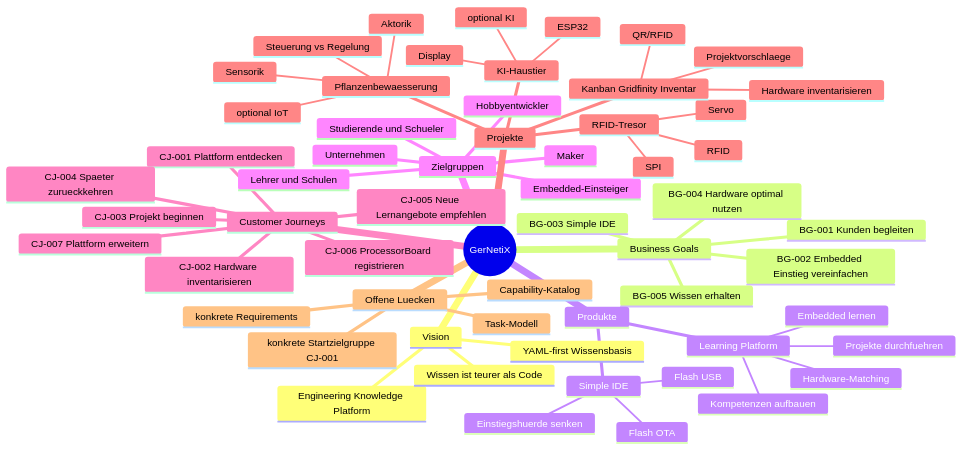
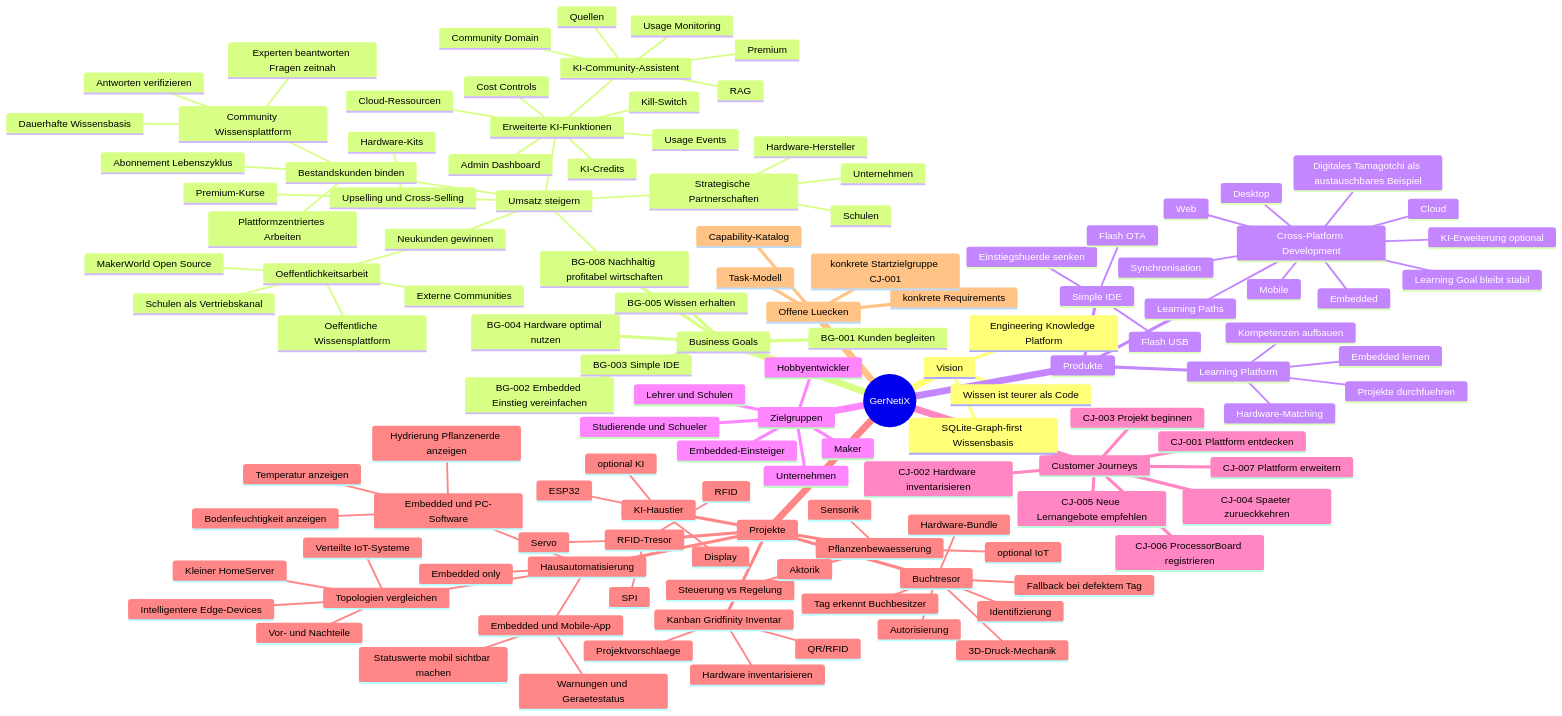
Before and after one commit to svenjohanson-web/GerNetiX: the diagram in docs/generated/business-mindmap.md, drawn with Mermaid. The commit also changed other lines of this file and 88 other files, not shown here.

```diff
--- a/docs/generated/business-mindmap.md
+++ b/docs/generated/business-mindmap.md
@@ -9,13 +9,48 @@
     Vision
       Engineering Knowledge Platform
       Wissen ist teurer als Code
-      YAML-first Wissensbasis
+      SQLite-Graph-first Wissensbasis
     Business Goals
       BG-001 Kunden begleiten
       BG-002 Embedded Einstieg vereinfachen
       BG-003 Simple IDE
       BG-004 Hardware optimal nutzen
       BG-005 Wissen erhalten
+      BG-008 Nachhaltig profitabel wirtschaften
+        Umsatz steigern
+          Neukunden gewinnen
+            Oeffentlichkeitsarbeit
+              Oeffentliche Wissensplattform
+              Externe Communities
+              MakerWorld Open Source
+              Schulen als Vertriebskanal
+          Bestandskunden binden
+            Community Wissensplattform
+              Experten beantworten Fragen zeitnah
+              Antworten verifizieren
+              Dauerhafte Wissensbasis
+            Plattformzentriertes Arbeiten
+            Abonnement Lebenszyklus
+          Upselling und Cross-Selling
+            Premium-Kurse
+            Hardware-Kits
+          Erweiterte KI-Funktionen
+            KI-Credits
+            Usage Events
+            Admin Dashboard
+            Cost Controls
+            Kill-Switch
+            KI-Community-Assistent
+              Community Domain
+              Premium
+              RAG
+              Quellen
+              Usage Monitoring
+            Cloud-Ressourcen
+          Strategische Partnerschaften
+            Schulen
+            Unternehmen
+            Hardware-Hersteller
     Produkte
       Learning Platform
         Embedded lernen
@@ -26,6 +61,17 @@
         Einstiegshuerde senken
         Flash USB
         Flash OTA
+      Learning Paths
+        Cross-Platform Development
+          Learning Goal bleibt stabil
+          Digitales Tamagotchi als austauschbares Beispiel
+          Embedded
+          Desktop
+          Mobile
+          Web
+          Cloud
+          Synchronisation
+          KI-Erweiterung optional
     Zielgruppen
       Maker
       Hobbyentwickler
@@ -55,10 +101,31 @@
         RFID
         SPI
         Servo
+      Buchtresor
+        Tag erkennt Buchbesitzer
+        Identifizierung
+        Autorisierung
+        Fallback bei defektem Tag
+        3D-Druck-Mechanik
+        Hardware-Bundle
       Kanban Gridfinity Inventar
         Hardware inventarisieren
         QR/RFID
         Projektvorschlaege
+      Hausautomatisierung
+        Embedded only
+        Embedded und PC-Software
+          Temperatur anzeigen
+          Bodenfeuchtigkeit anzeigen
+          Hydrierung Pflanzenerde anzeigen
+        Embedded und Mobile-App
+          Statuswerte mobil sichtbar machen
+          Warnungen und Geraetestatus
+        Topologien vergleichen
+          Kleiner HomeServer
+          Verteilte IoT-Systeme
+          Intelligentere Edge-Devices
+          Vor- und Nachteile
     Offene Luecken
       konkrete Requirements
       Capability-Katalog
```
